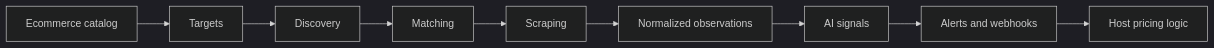
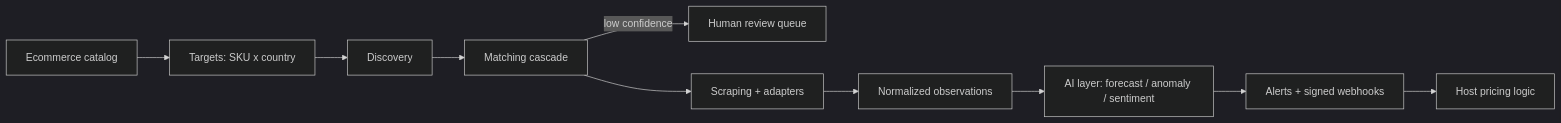
One commit to padosoft/laravel-ai-price-intelligence changed the diagram in docs-site/docs/index.md. Above: the diagram before and after it, drawn with Mermaid (dark theme). The commit also changed other lines of this file and 2 other files, not shown here.

````diff
--- a/docs-site/docs/index.md
+++ b/docs-site/docs/index.md
@@ -27,11 +187,12 @@
 ```mermaid
 flowchart LR
-  A[Ecommerce catalog] --> B[Targets]
+  A[Ecommerce catalog] --> B[Targets: SKU x country]
   B --> C[Discovery]
-  C --> D[Matching]
-  D --> E[Scraping]
+  C --> D[Matching cascade]
+  D -->|low confidence| R[Human review queue]
+  D --> E[Scraping + adapters]
   E --> F[Normalized observations]
-  F --> G[AI signals]
-  G --> H[Alerts and webhooks]
+  F --> G[AI layer: forecast / anomaly / sentiment]
+  G --> H[Alerts + signed webhooks]
   H --> I[Host pricing logic]
 ```
````
